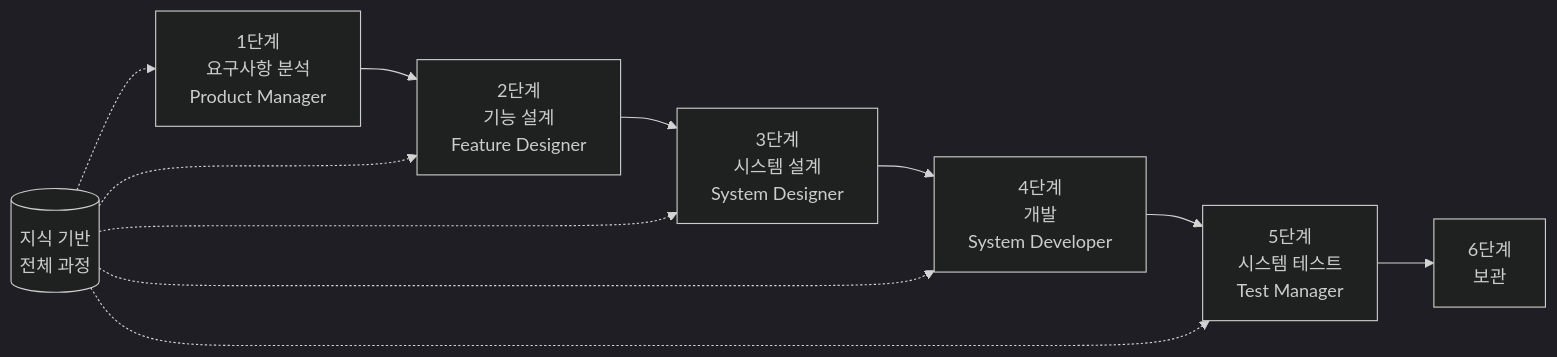
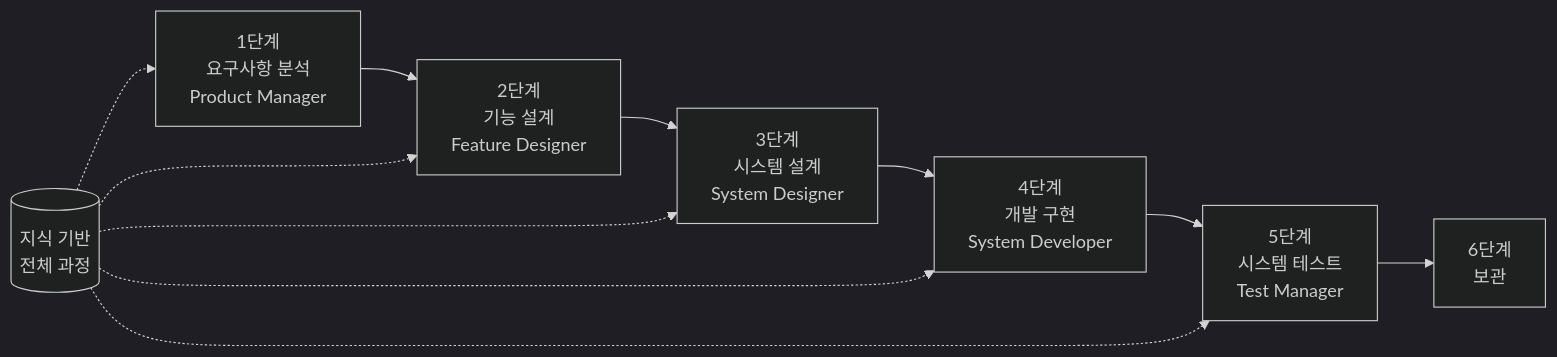
One commit to charlesmu99/speccrew changed the diagram in docs/GETTING-STARTED.ko.md. Above: the diagram before and after it, drawn with Mermaid (dark theme). The commit also changed other lines of this file and 32 other files, not shown here.

Commit message:
feat(system-developer): optimize Agent definition and split desktop/review Skills

````diff
--- a/docs/GETTING-STARTED.ko.md
+++ b/docs/GETTING-STARTED.ko.md
@@ -69,14 +144,14 @@
 ```mermaid
 flowchart LR
     PRD[1단계<br/>요구사항 분석<br/>Product Manager] --> FD[2단계<br/>기능 설계<br/>Feature Designer]
     FD --> SD[3단계<br/>시스템 설계<br/>System Designer]
-    SD --> DEV[4단계<br/>개발<br/>System Developer]
+    SD --> DEV[4단계<br/>개발 구현<br/>System Developer]
     DEV --> TEST[5단계<br/>시스템 테스트<br/>Test Manager]
     TEST --> ARCHIVE[6단계<br/>보관]
     
     KB[(지식 기반<br/>전체 과정)] -.-> PRD
     KB -.-> FD
     KB -.-> SD
     KB -.-> DEV
     KB -.-> TEST
 ```
````
